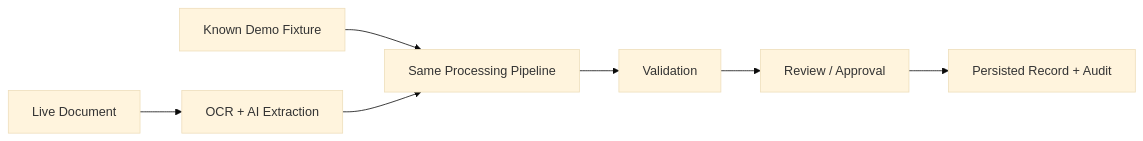
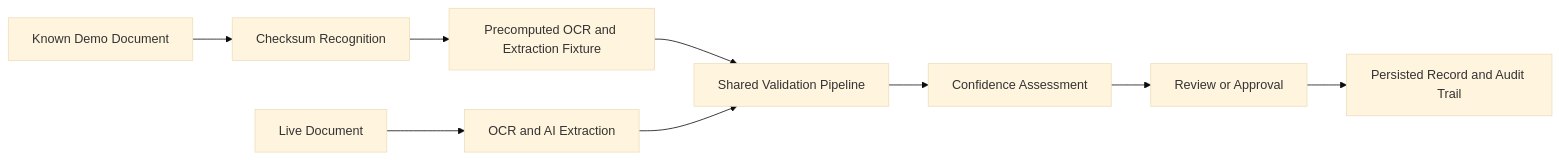
The third of 3 diagrams in README.md (Aryan4verma/AI_Land_Record), drawn with Mermaid (base theme) before and after one commit. The commit also changed other lines of this file, not shown here.

````diff
--- a/README.md
+++ b/README.md
@@ -197,9 +260,13 @@
 ```mermaid
 flowchart LR
-    A["Known Demo Fixture"] --> B["Same Processing Pipeline"]
-    C["Live Document"] --> D["OCR + AI Extraction"]
-    D --> B
-    B --> E["Validation"]
-    E --> F["Review / Approval"]
-    F --> G["Persisted Record + Audit"]
+    A[Known Demo Document] --> B[Checksum Recognition]
+    B --> C[Precomputed OCR and Extraction Fixture]
+    C --> D[Shared Validation Pipeline]
+
+    E[Live Document] --> F[OCR and AI Extraction]
+    F --> D
+
+    D --> G[Confidence Assessment]
+    G --> H[Review or Approval]
+    H --> I[Persisted Record and Audit Trail]
 ```
````
